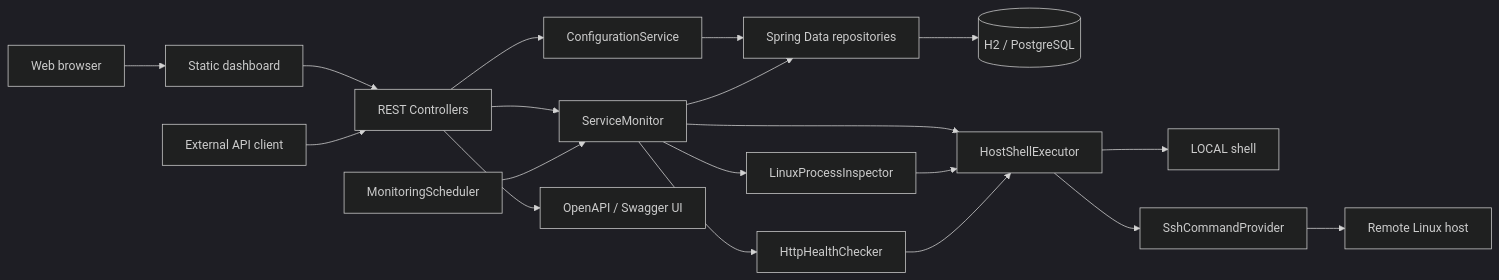
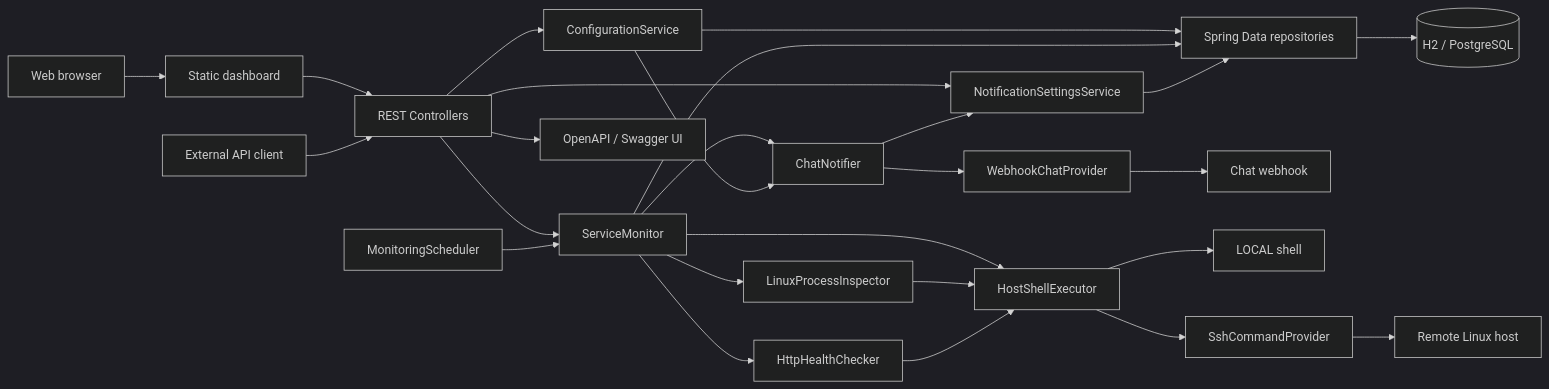
Before and after one commit to Keos99/host-guardian: the first of 5 diagrams in ARCHITECTURE_DESCRIPTION_RU.md, drawn with Mermaid (dark theme). The commit also changed other lines of this file and 9 other files, not shown here.

````diff
--- a/ARCHITECTURE_DESCRIPTION_RU.md
+++ b/ARCHITECTURE_DESCRIPTION_RU.md
@@ -131,26 +140,34 @@
 ```mermaid
 flowchart LR
     Browser["Web browser"] --> StaticUI["Static dashboard"]
     StaticUI --> Api["REST Controllers"]
     ApiClient["External API client"] --> Api
 
     Api --> Config["ConfigurationService"]
     Api --> Monitor["ServiceMonitor"]
+    Api --> NotifSettings["NotificationSettingsService"]
     Scheduler["MonitoringScheduler"] --> Monitor
 
     Config --> Repos["Spring Data repositories"]
     Monitor --> Repos
+    NotifSettings --> Repos
     Repos --> Db[("H2 / PostgreSQL")]
 
     Monitor --> Process["LinuxProcessInspector"]
     Monitor --> Health["HttpHealthChecker"]
     Monitor --> Shell["HostShellExecutor"]
+
+    Monitor --> Notifier["ChatNotifier"]
+    Config --> Notifier
+    Notifier --> NotifSettings
+    Notifier --> ChatProv["WebhookChatProvider"]
+    ChatProv --> Chat["Chat webhook"]
 
     Process --> Shell
     Health --> Shell
     Shell --> Local["LOCAL shell"]
     Shell --> SshProvider["SshCommandProvider"]
     SshProvider --> Remote["Remote Linux host"]
 
     Api --> OpenApi["OpenAPI / Swagger UI"]
 ```
````
